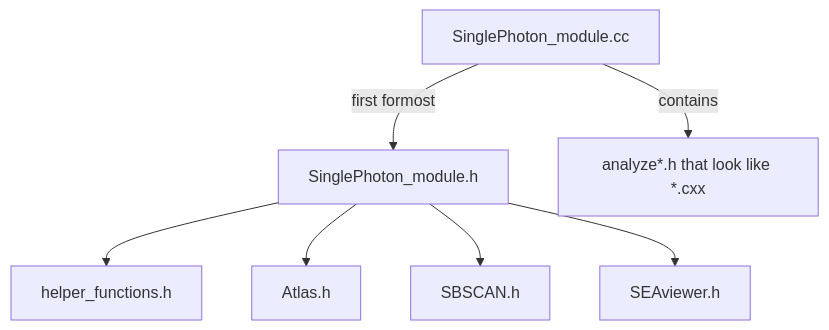
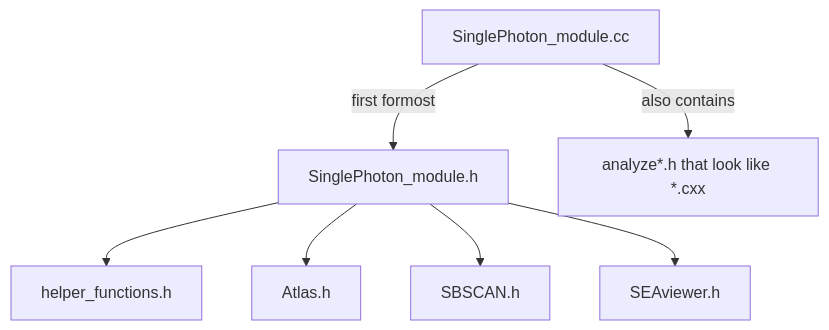
The diagram in sbncode/SinglePhotonAnalysis/README.md (SBNSoftware/sbncode), drawn with Mermaid before and after one commit. The commit also changed other lines of this file and 10 other files, not shown here.

````diff
--- a/sbncode/SinglePhotonAnalysis/README.md
+++ b/sbncode/SinglePhotonAnalysis/README.md
@@ -18,9 +19,9 @@
 ```mermaid
 	flowchart TD;
 	A--first formost-->C;
-	A[SinglePhoton_module.cc]--contains-->B[analyze*.h that look like *.cxx];
+	A[SinglePhoton_module.cc]--also contains-->B[analyze*.h that look like *.cxx];
 	C[SinglePhoton_module.h]-->D[helper_functions.h];
 	C-->E[Atlas.h];
 	C-->F[SBSCAN.h];
 	C-->G[SEAviewer.h];
 ```
````
